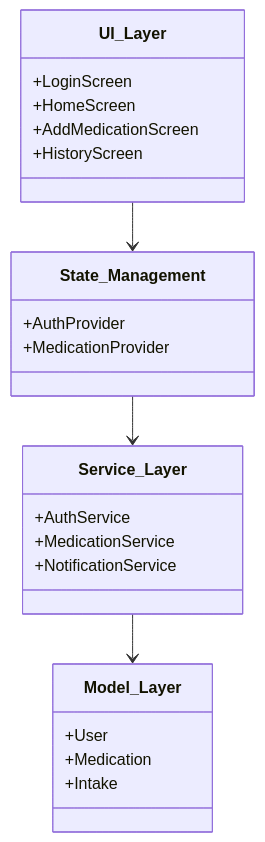
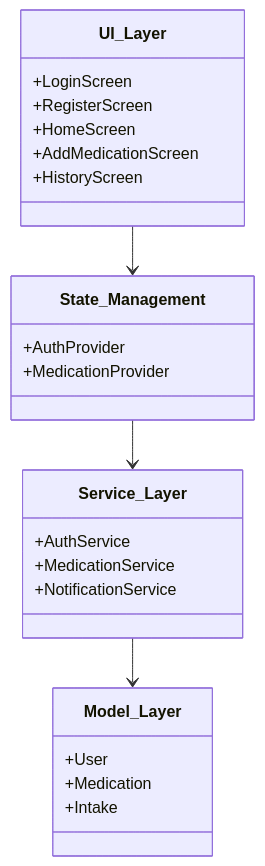
One commit to ISCOUTB/medtrack-service changed the third of 5 diagrams in docs/ARC42.md. Above: the diagram before and after it, drawn with Mermaid. The commit also changed other lines of this file and 8 other files, not shown here.

````diff
--- a/docs/ARC42.md
+++ b/docs/ARC42.md
@@ -90,27 +90,28 @@
 ```mermaid
 classDiagram
     class UI_Layer {
         +LoginScreen
+        +RegisterScreen
         +HomeScreen
         +AddMedicationScreen
         +HistoryScreen
     }
     class State_Management {
         +AuthProvider
         +MedicationProvider
     }
     class Service_Layer {
         +AuthService
         +MedicationService
         +NotificationService
     }
     class Model_Layer {
         +User
         +Medication
         +Intake
     }
 
     UI_Layer --> State_Management
     State_Management --> Service_Layer
     Service_Layer --> Model_Layer
 ```
````
